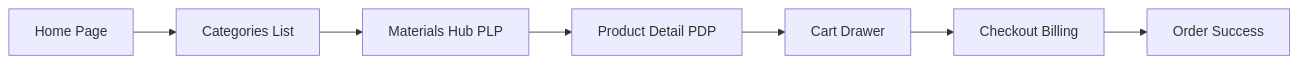
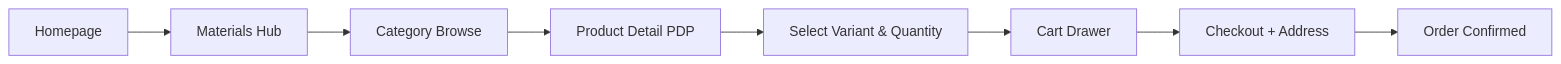
Before and after one commit to Abhijeetm96/Arcus-B2B: the second of 7 diagrams in README.md, drawn with Mermaid. The commit also changed other lines of this file, not shown here.

Commit message:
docs: update README.md to reflect Phase 5 architecture - v2.0.0

````diff
--- a/README.md
+++ b/README.md
@@ -152,9 +142,10 @@
 ```mermaid
 graph LR
-    A[Home Page] --> B[Categories List]
-    B --> C[Materials Hub PLP]
+    A[Homepage] --> B[Materials Hub]
+    B --> C[Category Browse]
     C --> D[Product Detail PDP]
-    D --> E[Cart Drawer]
-    E --> F[Checkout Billing]
-    F --> G[Order Success]
+    D --> E[Select Variant & Quantity]
+    E --> F[Cart Drawer]
+    F --> G[Checkout + Address]
+    G --> H[Order Confirmed]
 ```
````
